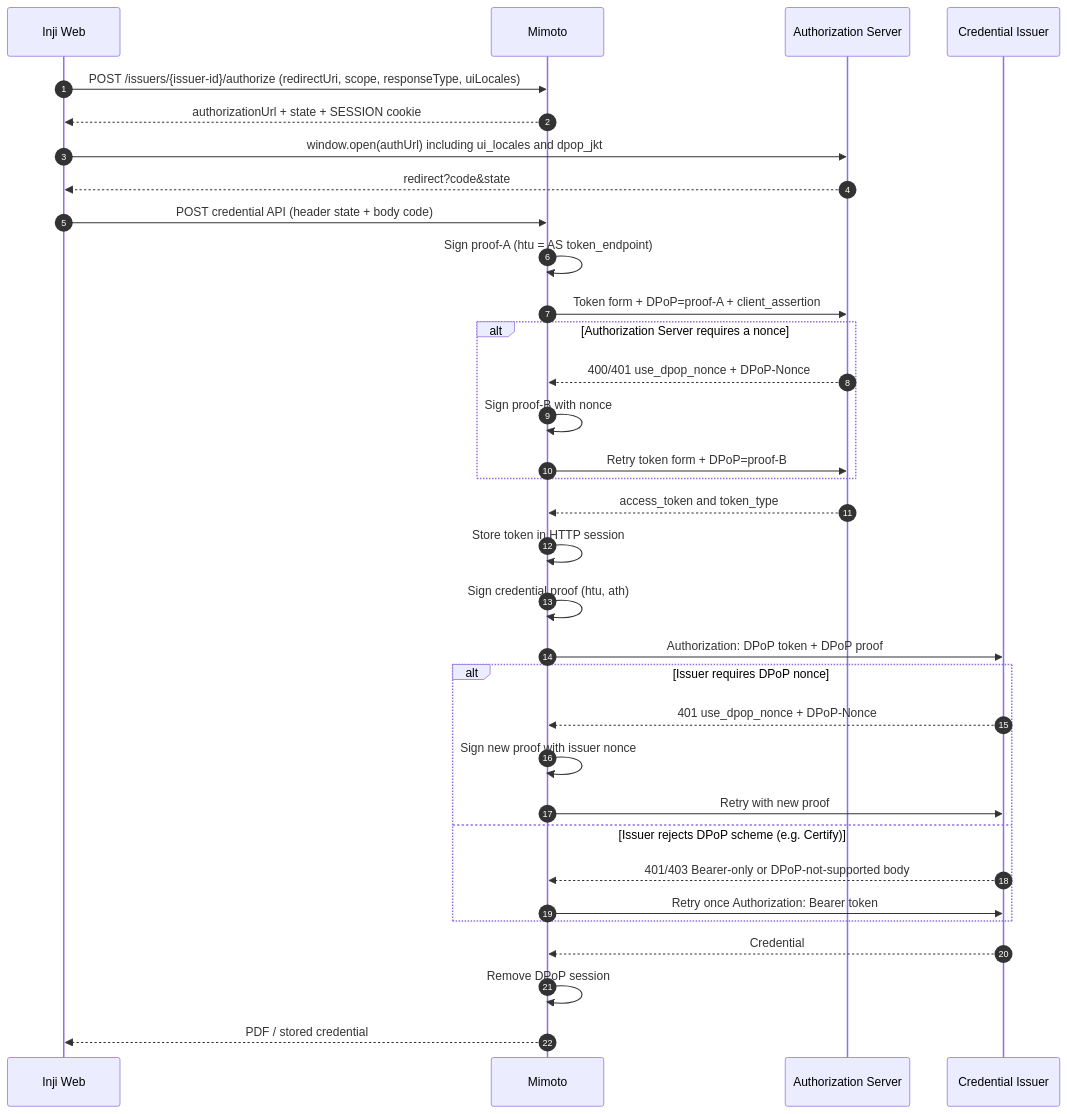
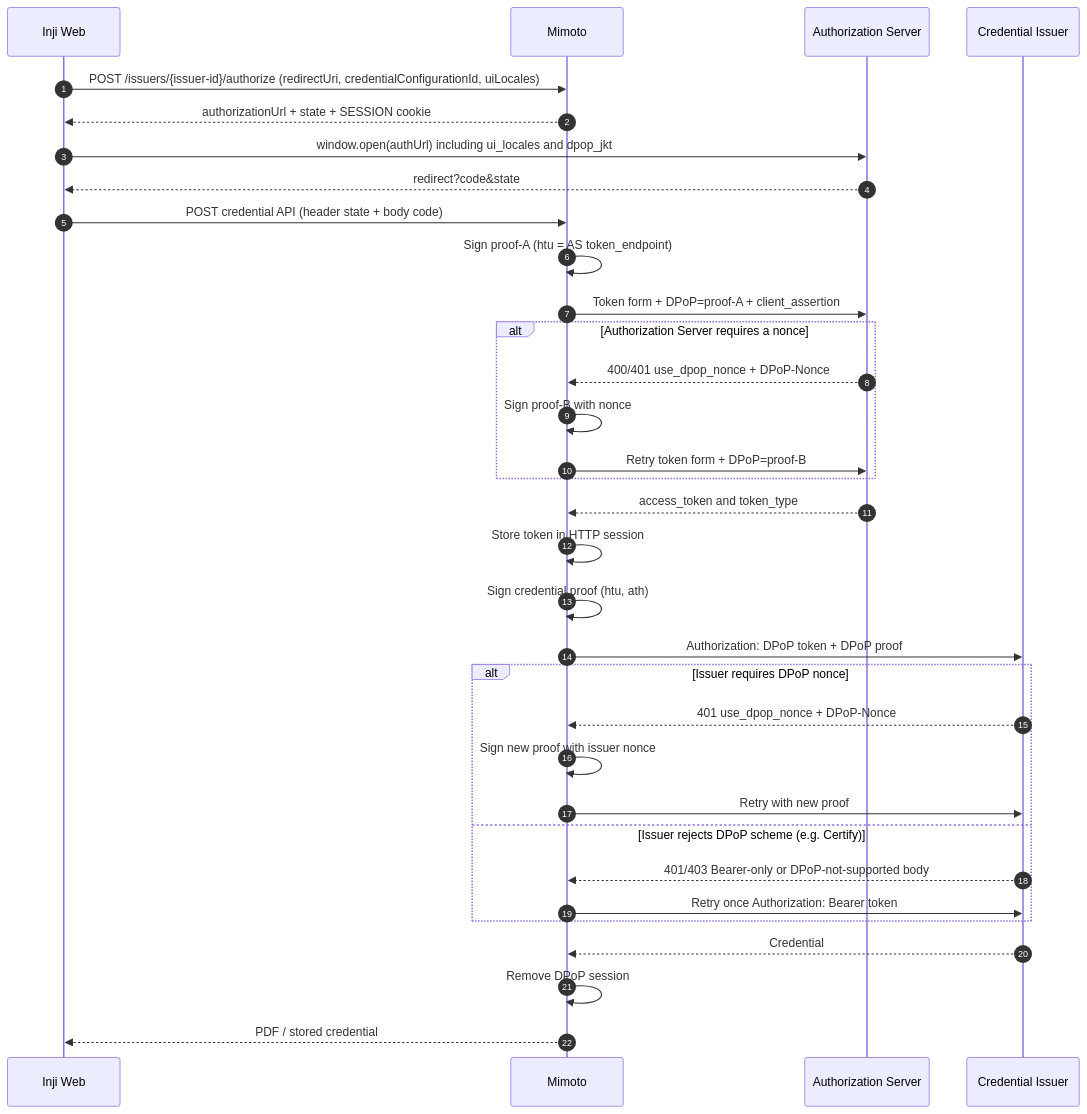
Before and after one commit to mosip/inji-web: the second of 4 diagrams in docs/dpop-support.md, drawn with Mermaid. The commit also changed other lines of this file and 4 other files, not shown here.

````diff
--- a/docs/dpop-support.md
+++ b/docs/dpop-support.md
@@ -191,36 +190,36 @@
 ```mermaid
 sequenceDiagram
   autonumber
   participant W as Inji Web
   participant M as Mimoto
   participant AS as Authorization Server
   participant CI as Credential Issuer
 
-  W->>M: POST /issuers/{issuer-id}/authorize (redirectUri, scope, responseType, uiLocales)
+  W->>M: POST /issuers/{issuer-id}/authorize (redirectUri, credentialConfigurationId, uiLocales)
   M-->>W: authorizationUrl + state + SESSION cookie
   W->>AS: window.open(authUrl) including ui_locales and dpop_jkt
   AS-->>W: redirect?code&state
   W->>M: POST credential API (header state + body code)
   M->>M: Sign proof-A (htu = AS token_endpoint)
   M->>AS: Token form + DPoP=proof-A + client_assertion
   alt Authorization Server requires a nonce
     AS-->>M: 400/401 use_dpop_nonce + DPoP-Nonce
     M->>M: Sign proof-B with nonce
     M->>AS: Retry token form + DPoP=proof-B
   end
   AS-->>M: access_token and token_type
   M->>M: Store token in HTTP session
   M->>M: Sign credential proof (htu, ath)
   M->>CI: Authorization: DPoP token + DPoP proof
   alt Issuer requires DPoP nonce
     CI-->>M: 401 use_dpop_nonce + DPoP-Nonce
     M->>M: Sign new proof with issuer nonce
     M->>CI: Retry with new proof
   else Issuer rejects DPoP scheme (e.g. Certify)
     CI-->>M: 401/403 Bearer-only or DPoP-not-supported body
     M->>CI: Retry once Authorization: Bearer token
   end
   CI-->>M: Credential
   M->>M: Remove DPoP session
   M-->>W: PDF / stored credential
 ```
````
